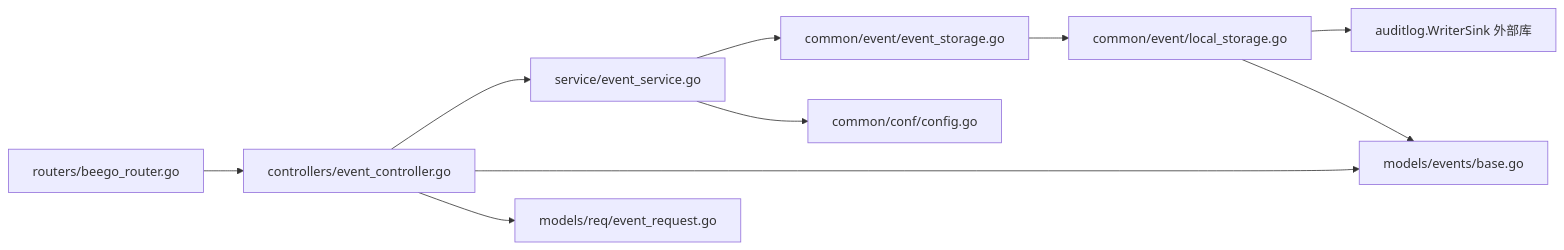
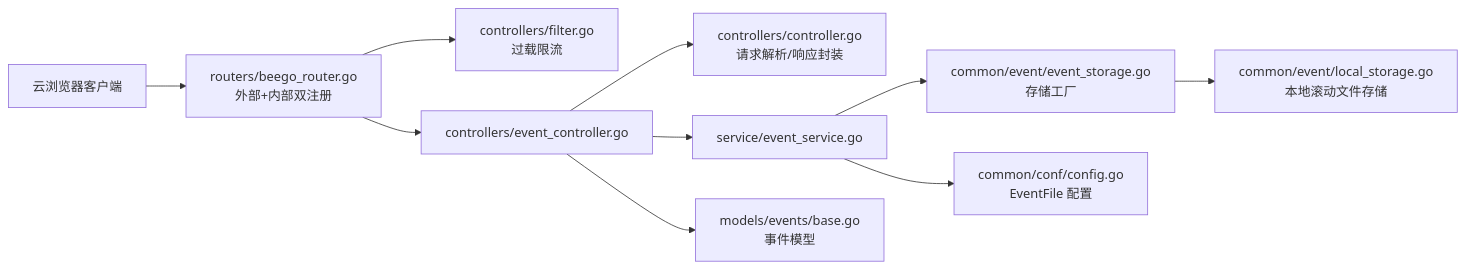
One commit to CoreGeekASTL/AIAction changed the second of 4 diagrams in docs/story/feature-event-report.md. Above: the diagram before and after it, drawn with Mermaid. The commit also changed other lines of this file and 6 other files, not shown here.

````diff
--- a/docs/story/feature-event-report.md
+++ b/docs/story/feature-event-report.md
@@ -69,12 +58,12 @@
 ```mermaid
 graph LR
-    R["routers/beego_router.go"] --> C["controllers/event_controller.go"]
-    C --> S["service/event_service.go"]
-    C --> M["models/events/base.go"]
-    C --> Q["models/req/event_request.go"]
-    S --> E["common/event/event_storage.go"]
-    E --> L["common/event/local_storage.go"]
-    L --> A["auditlog.WriterSink 外部库"]
-    L --> M
-    S --> F["common/conf/config.go"]
+  Client[云浏览器客户端] --> Router[routers/beego_router.go<br/>外部+内部双注册]
+  Router --> Filter[controllers/filter.go<br/>过载限流]
+  Router --> Ctrl[controllers/event_controller.go]
+  Ctrl --> Base[controllers/controller.go<br/>请求解析/响应封装]
+  Ctrl --> Svc[service/event_service.go]
+  Svc --> Factory[common/event/event_storage.go<br/>存储工厂]
+  Factory --> Local[common/event/local_storage.go<br/>本地滚动文件存储]
+  Ctrl --> Model[models/events/base.go<br/>事件模型]
+  Svc --> Conf[common/conf/config.go<br/>EventFile 配置]
 ```
````
